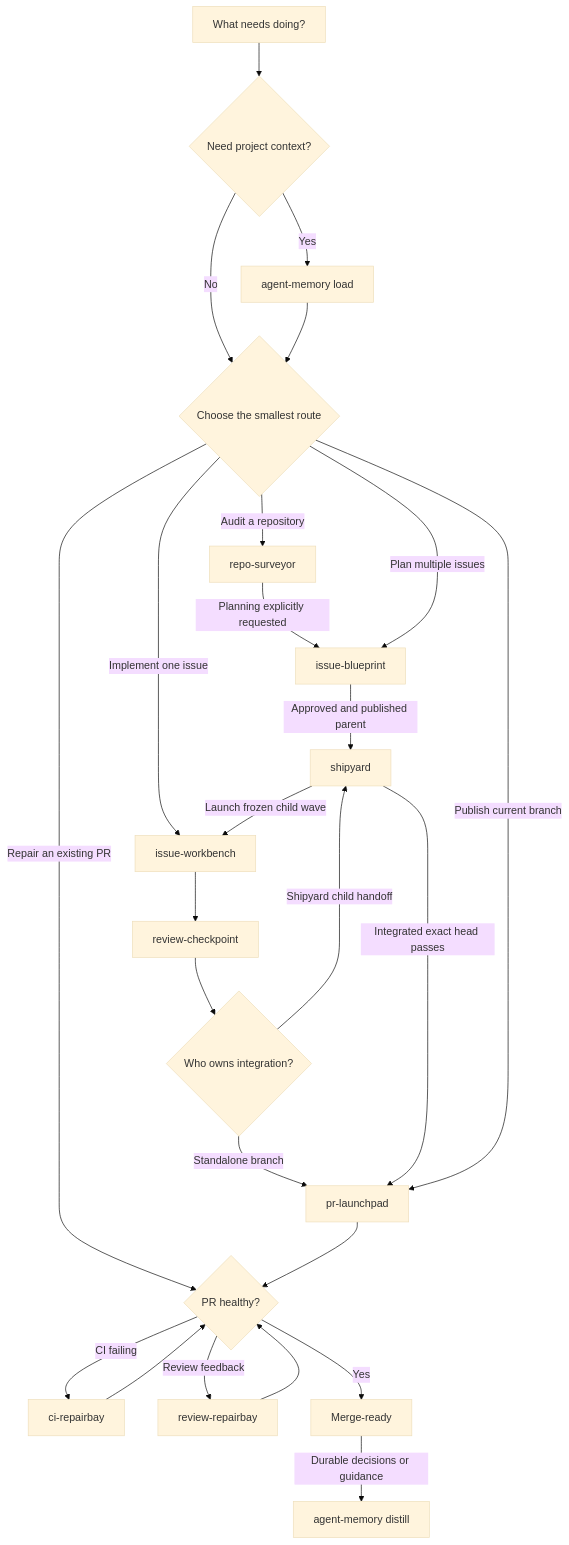
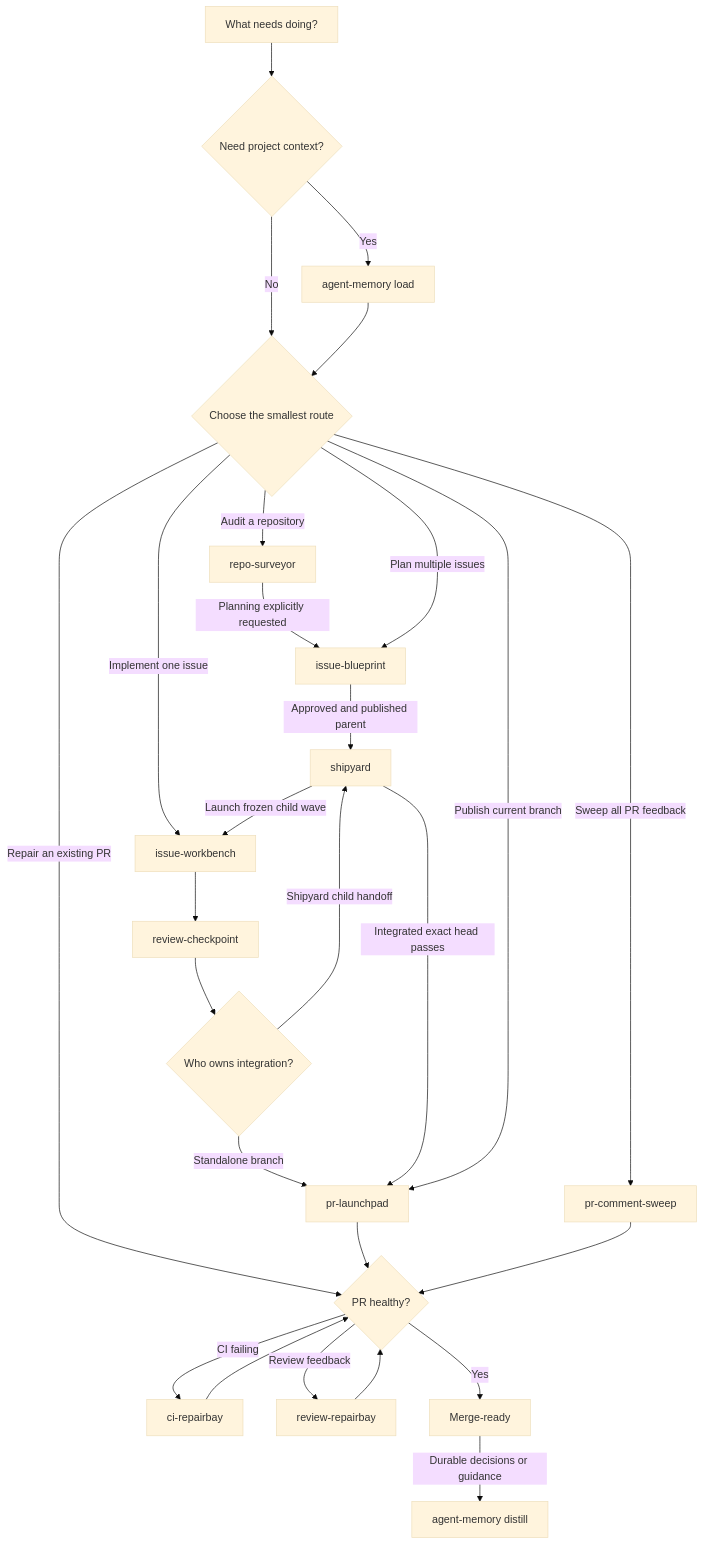
The diagram in README.md (HenryQW/skills), drawn with Mermaid (base theme) before and after one commit. The commit also changed other lines of this file and 2 other files, not shown here.

Commit message:
feat(pr-comment-sweep): add PR feedback repair skill (#48)

````diff
--- a/README.md
+++ b/README.md
@@ -35,27 +35,29 @@
 ```mermaid
 flowchart TD
   request["What needs doing?"] --> context{"Need project context?"}
   context -->|Yes| load["agent-memory load"]
   context -->|No| route{"Choose the smallest route"}
   load --> route
   route -->|Audit a repository| survey["repo-surveyor"]
   survey -->|Planning explicitly requested| blueprint["issue-blueprint"]
   route -->|Plan multiple issues| blueprint
   blueprint -->|Approved and published parent| shipyard["shipyard"]
   route -->|Implement one issue| workbench["issue-workbench"]
   shipyard -->|Launch frozen child wave| workbench
   workbench --> checkpoint["review-checkpoint"]
   checkpoint --> owner{"Who owns integration?"}
   owner -->|Standalone branch| launch["pr-launchpad"]
   owner -->|Shipyard child handoff| shipyard
   shipyard -->|Integrated exact head passes| launch
   route -->|Publish current branch| launch
   route -->|Repair an existing PR| health
   launch --> health
   health{"PR healthy?"} -->|CI failing| ci["ci-repairbay"]
   ci --> health
   health -->|Review feedback| repair["review-repairbay"]
+  route -->|Sweep all PR feedback| sweep["pr-comment-sweep"]
+  sweep --> health
   repair --> health
   health -->|Yes| done["Merge-ready"]
   done -->|Durable decisions or guidance| distill["agent-memory distill"]
 ```
````
